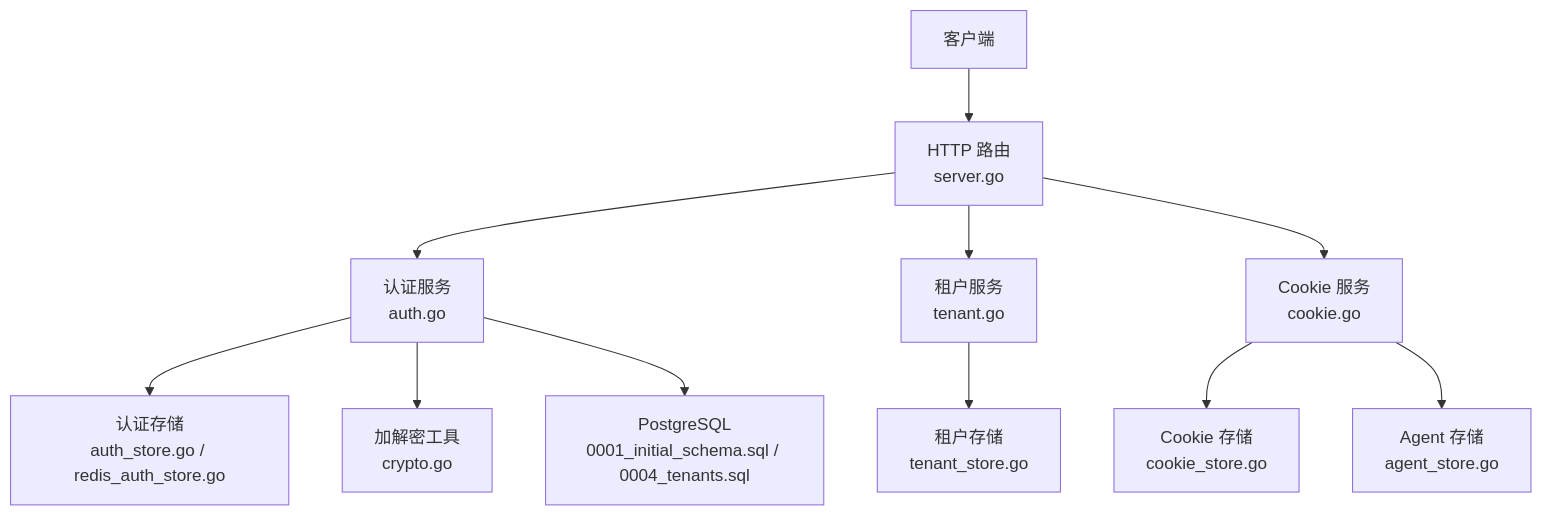
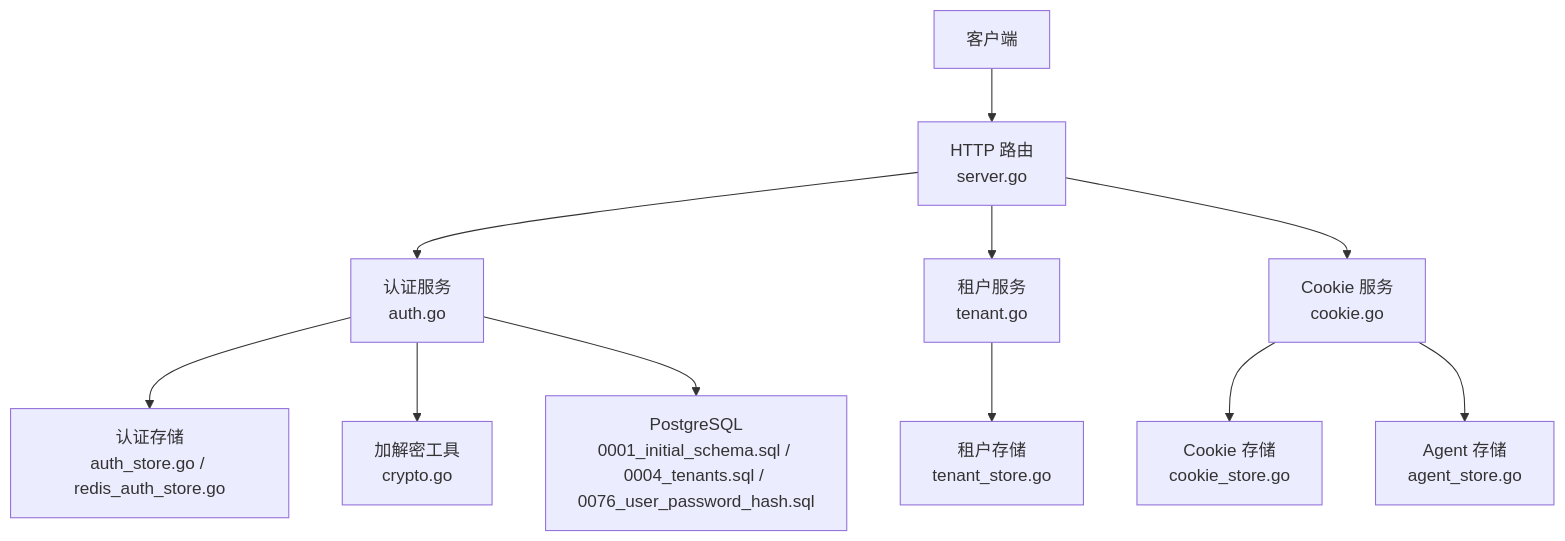
The first of 7 diagrams in .qoder/repowiki/zh/content/云端后端服务/用户认证系统/用户认证系统.md (alvinwangzi/goodhr), drawn with Mermaid before and after one commit. The commit also changed other lines of this file and 10 other files, not shown here.

````diff
--- a/.qoder/repowiki/zh/content/云端后端服务/用户认证系统/用户认证系统.md
+++ b/.qoder/repowiki/zh/content/云端后端服务/用户认证系统/用户认证系统.md
@@ -39,13 +52,13 @@
 ```mermaid
 graph TB
 Client["客户端"] --> Router["HTTP 路由<br/>server.go"]
 Router --> AuthSvc["认证服务<br/>auth.go"]
 Router --> TenantSvc["租户服务<br/>tenant.go"]
 Router --> CookieSvc["Cookie 服务<br/>cookie.go"]
 AuthSvc --> AuthStore["认证存储<br/>auth_store.go / redis_auth_store.go"]
 TenantSvc --> TenantStore["租户存储<br/>tenant_store.go"]
 CookieSvc --> CookieStore["Cookie 存储<br/>cookie_store.go"]
 CookieSvc --> AgentStore["Agent 存储<br/>agent_store.go"]
 AuthSvc --> Crypto["加解密工具<br/>crypto.go"]
-AuthSvc --> DB["PostgreSQL<br/>0001_initial_schema.sql / 0004_tenants.sql"]
+AuthSvc --> DB["PostgreSQL<br/>0001_initial_schema.sql / 0004_tenants.sql / 0076_user_password_hash.sql"]
 ```
````
